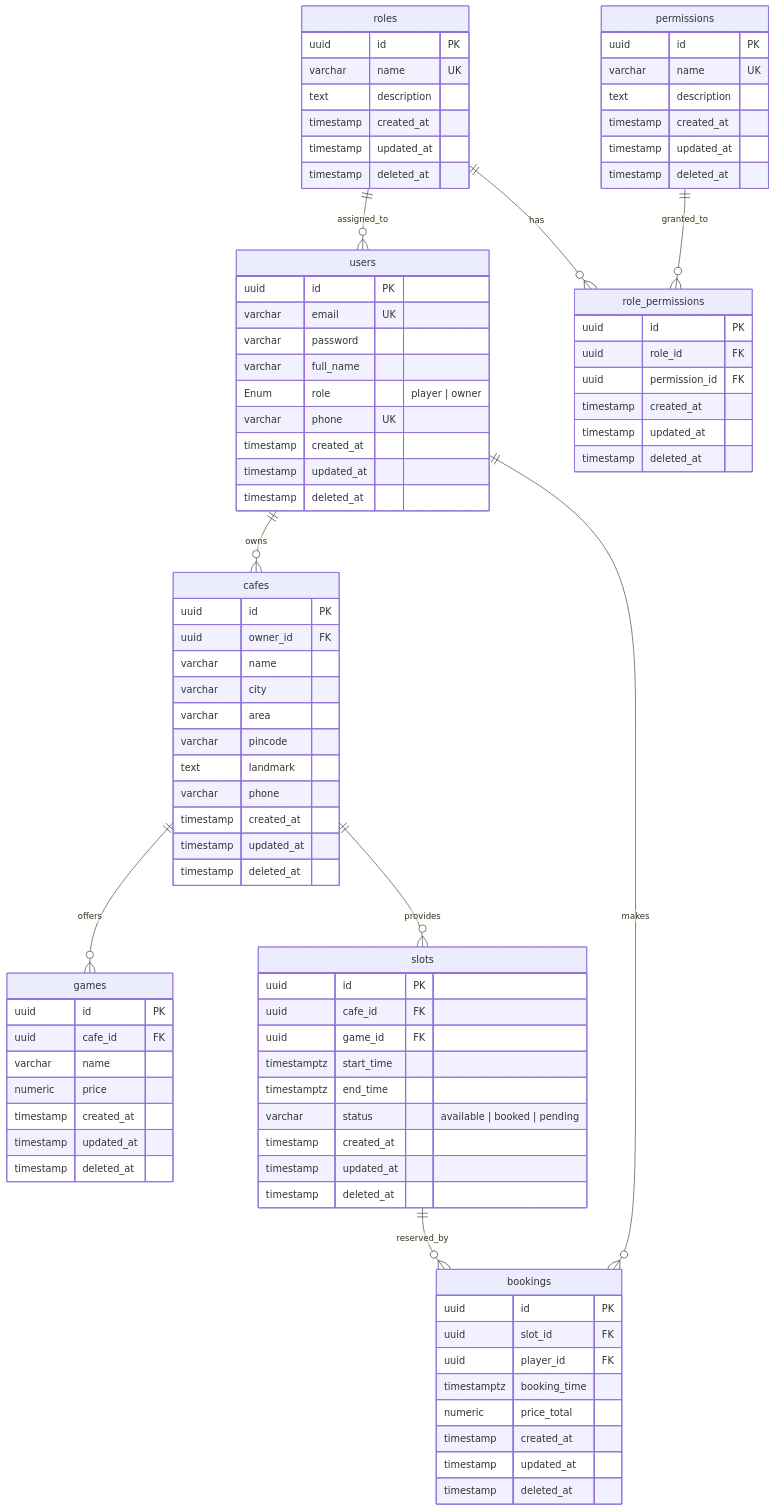
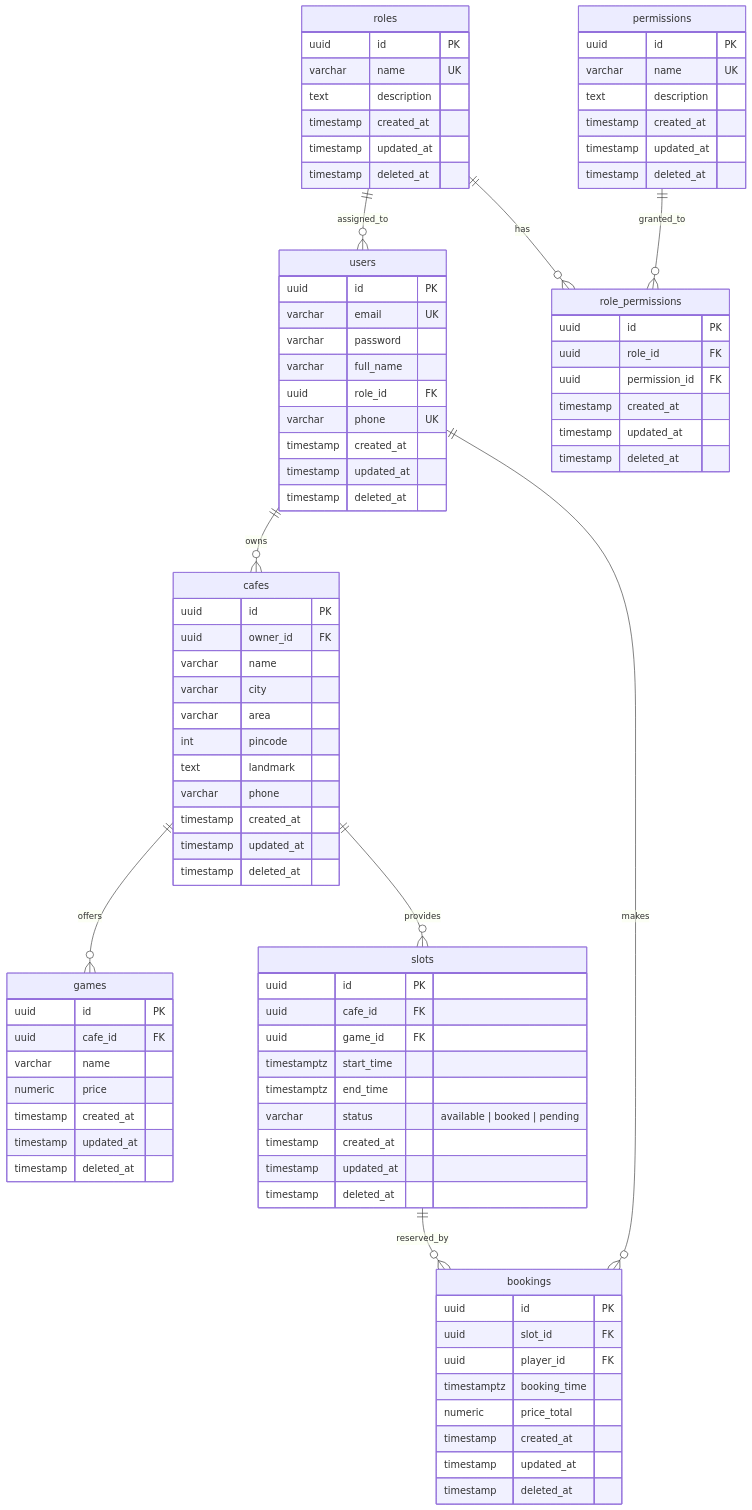
The third of 8 diagrams in docs/index.md (yuvrajsingh-Gkmit/gamegrid-docs), drawn with Mermaid before and after one commit. The commit also changed other lines of this file and 2 other files, not shown here.

Commit message:
feat: update architecture diagram and enhance documentation structure

```diff
--- a/docs/index.md
+++ b/docs/index.md
@@ -236,7 +221,7 @@
     varchar email UK
     varchar password
     varchar full_name
-    Enum    role "player | owner"
+    uuid   role_id FK    
     varchar phone UK
     timestamp created_at
     timestamp updated_at
@@ -249,7 +234,7 @@
     varchar name
     varchar city
     varchar area
-    varchar pincode
+    int pincode
     text landmark
     varchar phone
     timestamp created_at
```
